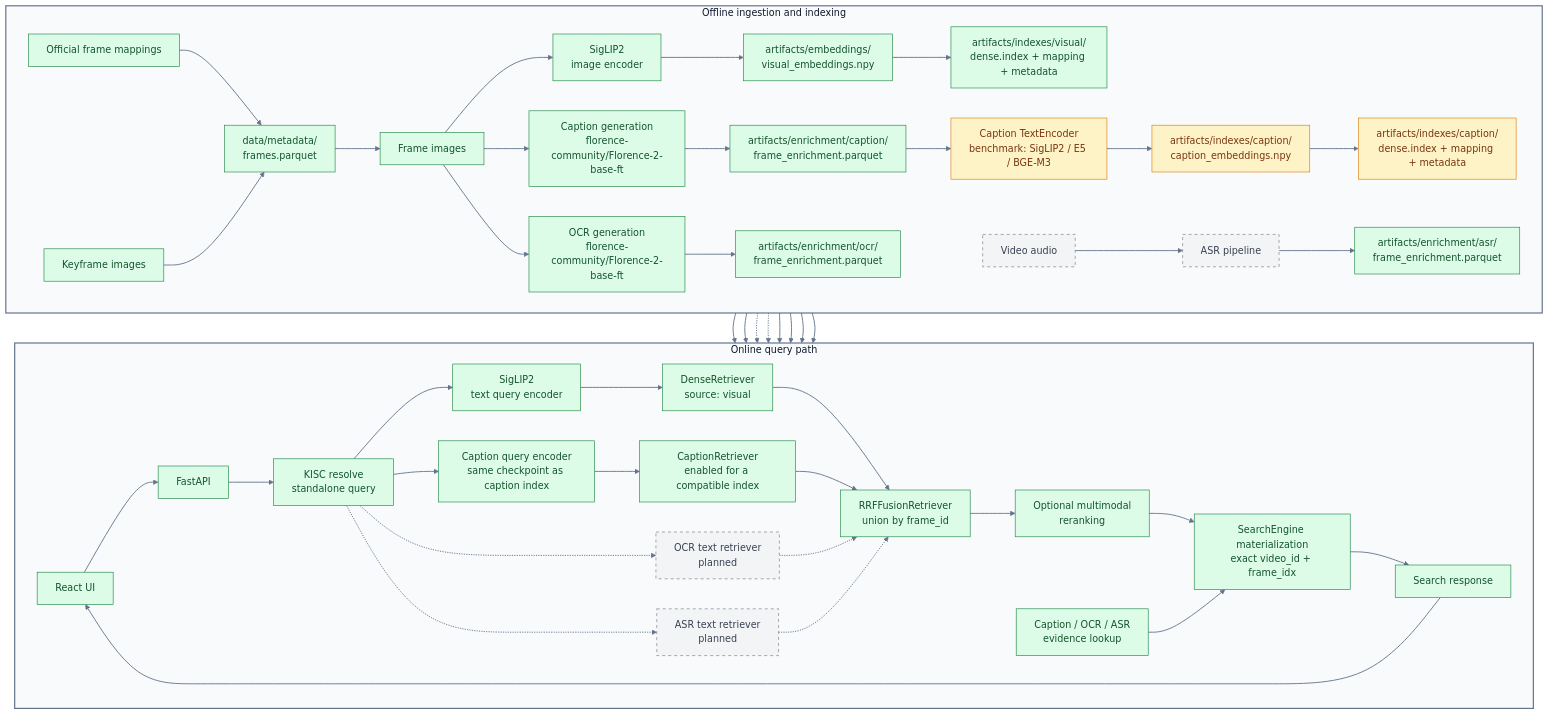
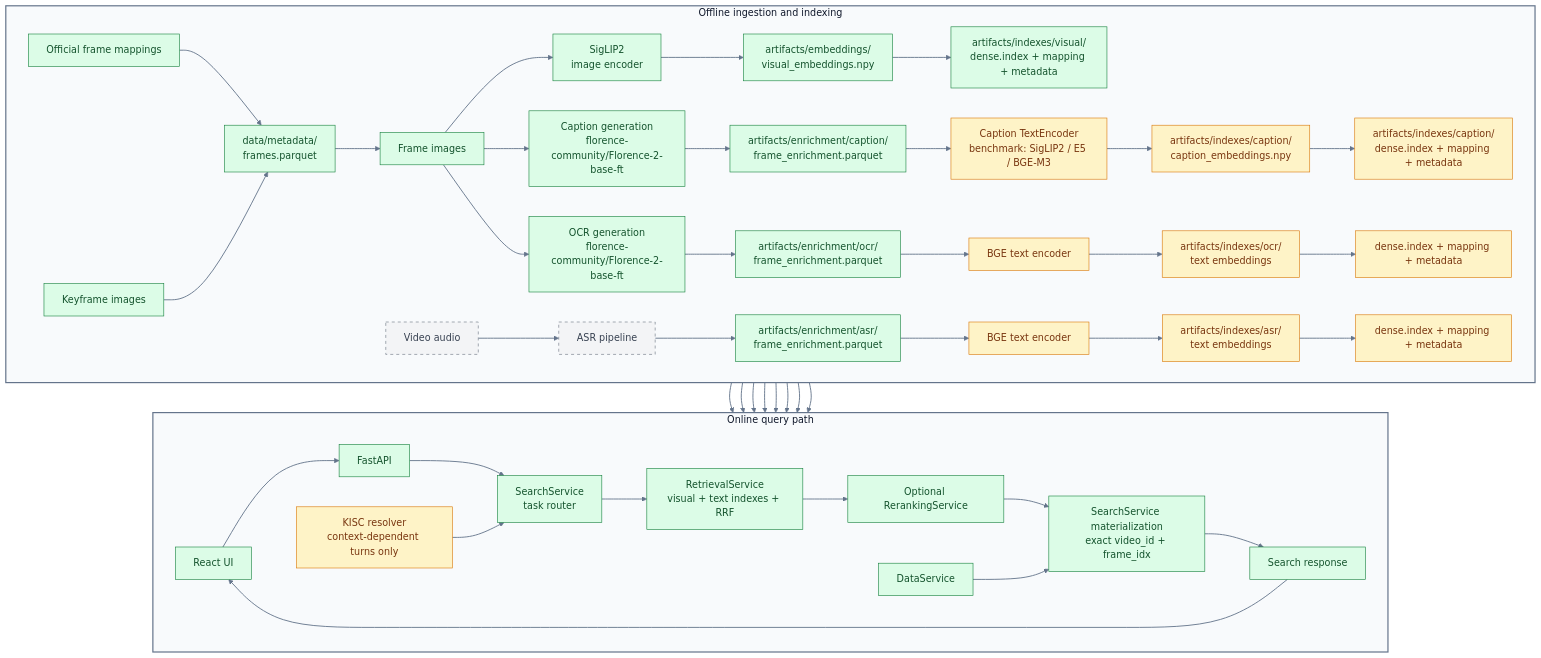
One commit to khang1108/MLeCDanBGold changed the diagram in README.md. Above: the diagram before and after it, drawn with Mermaid. The commit also changed other lines of this file and 10 other files, not shown here.

Commit message:
docs: align service pipeline architecture

````diff
--- a/README.md
+++ b/README.md
@@ -46,72 +47,68 @@
 ```mermaid
 flowchart TB
     subgraph OFFLINE["Offline ingestion and indexing"]
         direction LR
         MAP["Official frame mappings"] --> META["data/metadata/<br/>frames.parquet"]
         KEY["Keyframe images"] --> META
 
         META --> VDATA["Frame images"]
         VDATA --> VENC["SigLIP2<br/>image encoder"]
         VENC --> VEMB["artifacts/embeddings/<br/>visual_embeddings.npy"]
         VEMB --> VIDX["artifacts/indexes/visual/<br/>dense.index + mapping + metadata"]
 
         VDATA --> CAPGEN["Caption generation<br/>florence-community/Florence-2-base-ft"]
         CAPGEN --> CAPSTORE["artifacts/enrichment/caption/<br/>frame_enrichment.parquet"]
         CAPSTORE --> CAPENC["Caption TextEncoder<br/>benchmark: SigLIP2 / E5 / BGE-M3"]
         CAPENC --> CAPEMB["artifacts/indexes/caption/<br/>caption_embeddings.npy"]
         CAPEMB --> CAPIDX["artifacts/indexes/caption/<br/>dense.index + mapping + metadata"]
 
         VDATA --> OCRGEN["OCR generation<br/>florence-community/Florence-2-base-ft"]
         OCRGEN --> OCRSTORE["artifacts/enrichment/ocr/<br/>frame_enrichment.parquet"]
+        OCRSTORE --> OCRENC["BGE text encoder"]
+        OCRENC --> OCREMB["artifacts/indexes/ocr/<br/>text embeddings"]
+        OCREMB --> OCRIDX["dense.index + mapping + metadata"]
 
         VIDEO["Video audio"] --> ASRGEN["ASR pipeline"]
         ASRGEN --> ASRSTORE["artifacts/enrichment/asr/<br/>frame_enrichment.parquet"]
+        ASRSTORE --> ASRENC["BGE text encoder"]
+        ASRENC --> ASREMB["artifacts/indexes/asr/<br/>text embeddings"]
+        ASREMB --> ASRIDX["dense.index + mapping + metadata"]
     end
 
     subgraph ONLINE["Online query path"]
         direction LR
         UI["React UI"] --> API["FastAPI"]
-        API --> RESOLVE["KISC resolve<br/>standalone query"]
+        API --> SEARCH["SearchService<br/>task router"]
+        KISC["KISC resolver<br/>context-dependent turns only"] --> SEARCH
 
-        RESOLVE --> VQENC["SigLIP2<br/>text query encoder"]
-        VQENC --> VRET["DenseRetriever<br/>source: visual"]
-        VIDX --> VRET
+        SEARCH --> RETRIEVAL["RetrievalService<br/>visual + text indexes + RRF"]
+        VIDX --> RETRIEVAL
+        CAPIDX --> RETRIEVAL
+        OCRIDX --> RETRIEVAL
+        ASRIDX --> RETRIEVAL
 
-        RESOLVE --> CQENC["Caption query encoder<br/>same checkpoint as caption index"]
-        CQENC --> CRET["CaptionRetriever<br/>enabled for a compatible index"]
-        CAPIDX --> CRET
+        RETRIEVAL --> RERANK["Optional RerankingService"]
+        RERANK --> MATERIALIZE["SearchService materialization<br/>exact video_id + frame_idx"]
+        META --> DATA["DataService"]
+        DATA --> MATERIALIZE
 
-        RESOLVE -.-> ORET["OCR text retriever<br/>planned"]
-        OCRSTORE -.-> ORET
-        RESOLVE -.-> ARET["ASR text retriever<br/>planned"]
-        ASRSTORE -.-> ARET
-
-        VRET --> FUSION["RRFFusionRetriever<br/>union by frame_id"]
-        CRET --> FUSION
-        ORET -.-> FUSION
-        ARET -.-> FUSION
-        FUSION --> RERANK["Optional multimodal<br/>reranking"]
-        RERANK --> MATERIALIZE["SearchEngine materialization<br/>exact video_id + frame_idx"]
-        META --> MATERIALIZE
-
-        CAPSTORE --> EVIDENCE["Caption / OCR / ASR<br/>evidence lookup"]
-        OCRSTORE --> EVIDENCE
-        ASRSTORE --> EVIDENCE
-        EVIDENCE --> MATERIALIZE
+        CAPSTORE --> DATA
+        OCRSTORE --> DATA
+        ASRSTORE --> DATA
 
         MATERIALIZE --> RESPONSE["Search response"]
         RESPONSE --> UI
     end
 
     classDef active fill:#dcfce7,stroke:#15803d,color:#14532d;
     classDef component fill:#fef3c7,stroke:#d97706,color:#78350f;
     classDef planned fill:#f3f4f6,stroke:#6b7280,color:#374151,stroke-dasharray:5 5;
 
     style OFFLINE fill:#f8fafc,stroke:#64748b,stroke-width:2px,color:#0f172a;
     style ONLINE fill:#f8fafc,stroke:#64748b,stroke-width:2px,color:#0f172a;
     linkStyle default stroke:#64748b,stroke-width:1.5px;
 
-    class MAP,KEY,META,VDATA,VENC,VEMB,VIDX,CAPGEN,CAPSTORE,OCRGEN,OCRSTORE,ASRSTORE,UI,API,RESOLVE,VQENC,VRET,CQENC,CRET,FUSION,EVIDENCE,RERANK,MATERIALIZE,RESPONSE active;
-    class CAPENC,CAPEMB,CAPIDX component;
-    class VIDEO,ASRGEN,ORET,ARET planned;
+    class MAP,KEY,META,VDATA,VENC,VEMB,VIDX,CAPGEN,CAPSTORE,OCRGEN,OCRSTORE,ASRSTORE,UI,API,SEARCH,RETRIEVAL,DATA,RERANK,MATERIALIZE,RESPONSE active;
+    class KISC,CAPENC,CAPEMB,CAPIDX,OCRENC,OCREMB,OCRIDX,ASRENC,ASREMB,ASRIDX component;
+    class VIDEO,ASRGEN planned;
 ```
````
